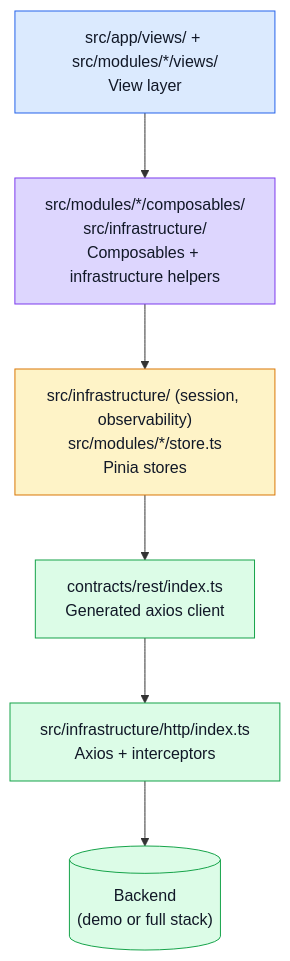
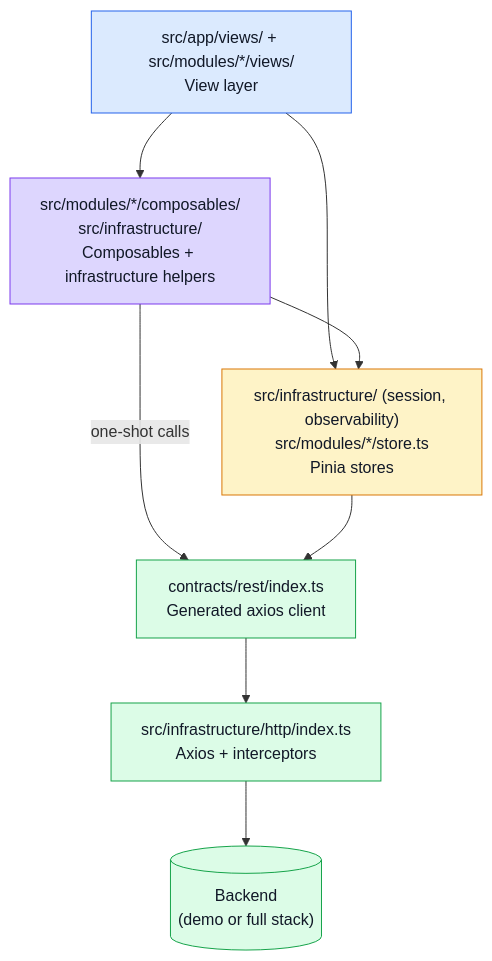
One commit to Guebbit/boilerplate-vue-frontend changed the second of 3 diagrams in docs/theory/layers.md. Above: the diagram before and after it, drawn with Mermaid. The commit also changed other lines of this file and 10 other files, not shown here.

````diff
--- a/docs/theory/layers.md
+++ b/docs/theory/layers.md
@@ -101,18 +101,20 @@
 ```mermaid
 %%{init: {'flowchart': {'nodeSpacing': 45, 'rankSpacing': 65}}}%%
 flowchart TD
     A["src/app/views/ + src/modules/*/views/\nView layer"] --> B["src/modules/*/composables/\nsrc/infrastructure/\nComposables + infrastructure helpers"]
+    A --> C
     B --> C["src/infrastructure/ (session, observability)\nsrc/modules/*/store.ts\nPinia stores"]
-    C --> D["contracts/rest/index.ts\nGenerated axios client"]
+    B -->|"one-shot calls"| D["contracts/rest/index.ts\nGenerated axios client"]
+    C --> D
     D --> E["src/infrastructure/http/index.ts\nAxios + interceptors"]
     E --> F[("Backend\n(demo or full stack)")]
 
     classDef view fill:#dbeafe,stroke:#2563eb,color:#111827;
     classDef comp fill:#ddd6fe,stroke:#7c3aed,color:#111827;
     classDef store fill:#fef3c7,stroke:#d97706,color:#111827;
     classDef http fill:#dcfce7,stroke:#16a34a,color:#111827;
     class A view;
     class B comp;
     class C store;
     class D,E,F http;
 ```
````
